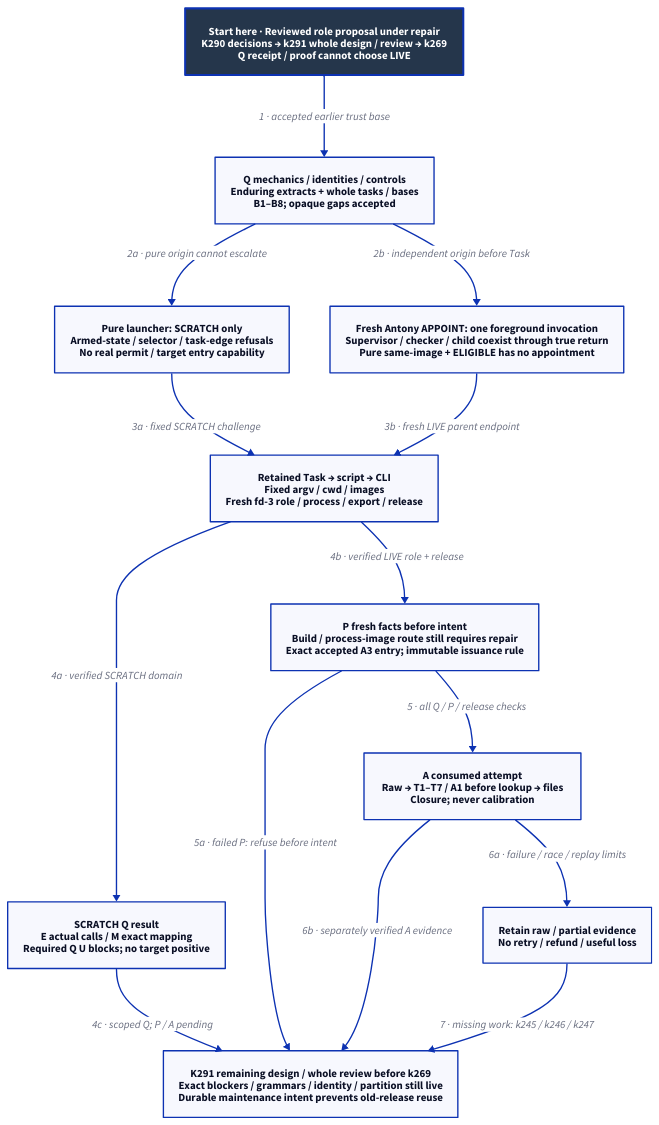
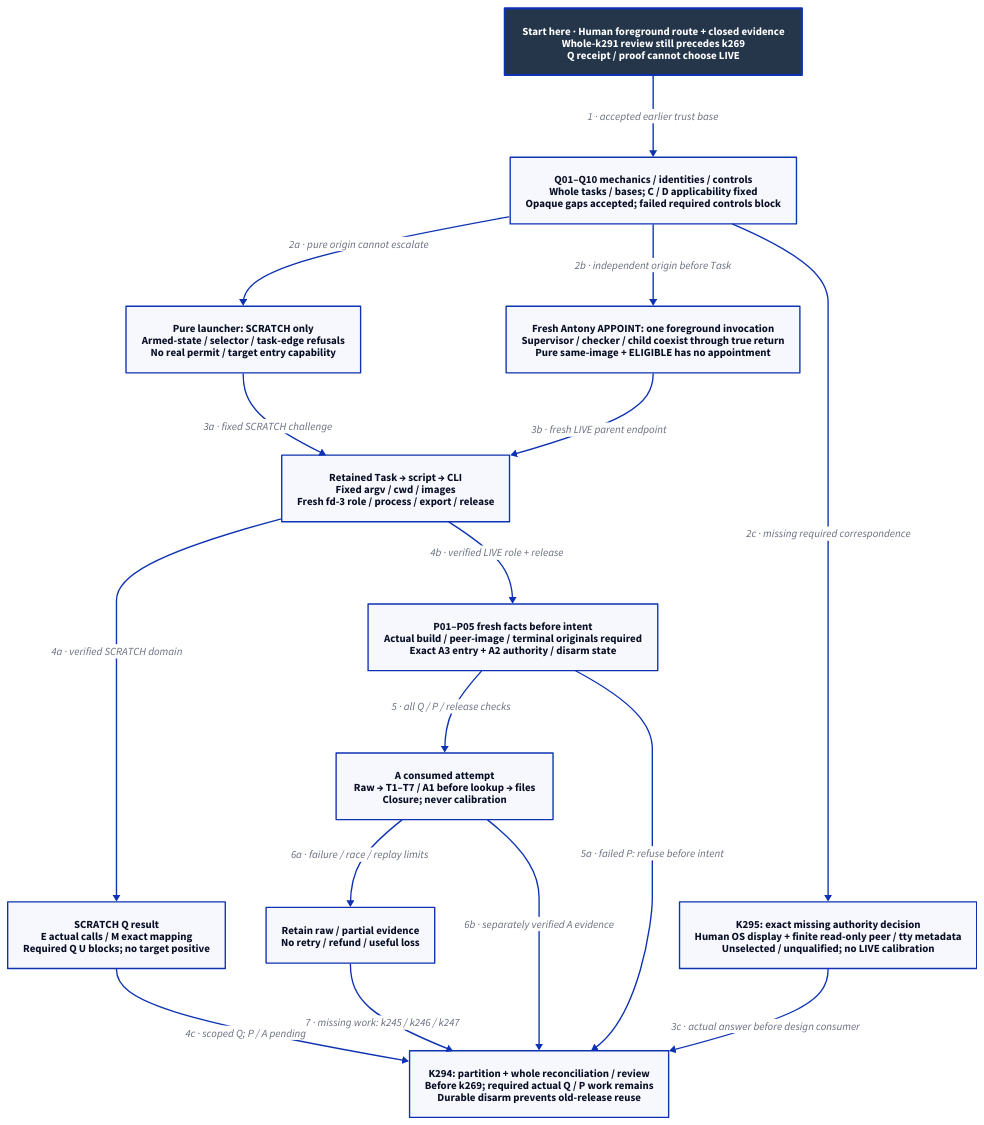
One commit to Linkuistics/Koine changed the diagram in docs/design/architecture/native-reference-packaging.d2. Above: the diagram before and after it, drawn with D2. The commit also changed 19 other files, not shown here.

Commit message:
Define closed reference admission evidence (reference-evidence-closed-admission-evidence-k293)

```diff
--- a/docs/design/architecture/native-reference-packaging.d2
+++ b/docs/design/architecture/native-reference-packaging.d2
@@ -1,28 +1,31 @@
 # Proposed staged credit; no artifact, release or operation is qualified.
 direction: down
 classes: {
   start: {style: {fill: "#25364B"; font-color: "#FFFFFF"; bold: true; stroke-width: 3}}
 }
-Start: "Start here · Reviewed role proposal under repair\nK290 decisions → k291 whole design / review → k269\nQ receipt / proof cannot choose LIVE" {class: start}
-Ready: "Q mechanics / identities / controls\nEnduring extracts + whole tasks / bases\nB1–B8; opaque gaps accepted"
+Start: "Start here · Human foreground route + closed evidence\nWhole-k291 review still precedes k269\nQ receipt / proof cannot choose LIVE" {class: start}
+Ready: "Q01–Q10 mechanics / identities / controls\nWhole tasks / bases; C / D applicability fixed\nOpaque gaps accepted; failed required controls block"
 Task: "Retained Task → script → CLI\nFixed argv / cwd / images\nFresh fd-3 role / process / export / release"
 Scratch: "Pure launcher: SCRATCH only\nArmed-state / selector / task-edge refusals\nNo real permit / target entry capability"
 Live: "Fresh Antony APPOINT: one foreground invocation\nSupervisor / checker / child coexist through true return\nPure same-image + ELIGIBLE has no appointment"
 Proof: "SCRATCH Q result\nE actual calls / M exact mapping\nRequired Q U blocks; no target positive"
-Preflight: "P fresh facts before intent\nBuild / process-image route still requires repair\nExact accepted A3 entry; immutable issuance rule"
+Preflight: "P01–P05 fresh facts before intent\nActual build / peer-image / terminal originals required\nExact A3 entry + A2 authority / disarm state"
 Attempt: "A consumed attempt\nRaw → T1–T7 / A1 before lookup → files\nClosure; never calibration"
 Failure: "Retain raw / partial evidence\nNo retry / refund / useful loss"
-Final: "K291 remaining design / whole review before k269\nExact blockers / grammars / identity / partition still live\nDurable maintenance intent prevents old-release reuse"
+Route: "K295: exact missing authority decision\nHuman OS display + finite read-only peer / tty metadata\nUnselected / unqualified; no LIVE calibration"
+Final: "K294: partition + whole reconciliation / review\nBefore k269; required actual Q / P work remains\nDurable disarm prevents old-release reuse"
 Start -> Ready: "1 · accepted earlier trust base"
 Ready -> Scratch: "2a · pure origin cannot escalate"
 Ready -> Live: "2b · independent origin before Task"
 Scratch -> Task: "3a · fixed SCRATCH challenge"
 Live -> Task: "3b · fresh LIVE parent endpoint"
 Task -> Proof: "4a · verified SCRATCH domain"
 Proof -> Final: "4c · scoped Q; P / A pending"
 Task -> Preflight: "4b · verified LIVE role + release"
 Preflight -> Attempt: "5 · all Q / P / release checks"
 Preflight -> Final: "5a · failed P: refuse before intent"
+Ready -> Route: "2c · missing required correspondence"
+Route -> Final: "3c · actual answer before design consumer"
 Attempt -> Failure: "6a · failure / race / replay limits"
 Attempt -> Final: "6b · separately verified A evidence"
 Failure -> Final: "7 · missing work: k245 / k246 / k247"
```
